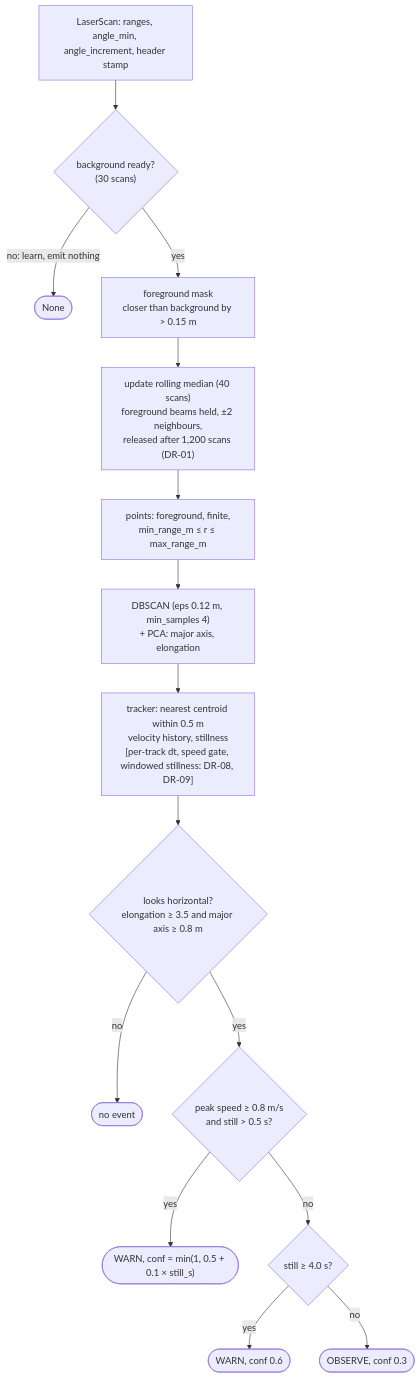
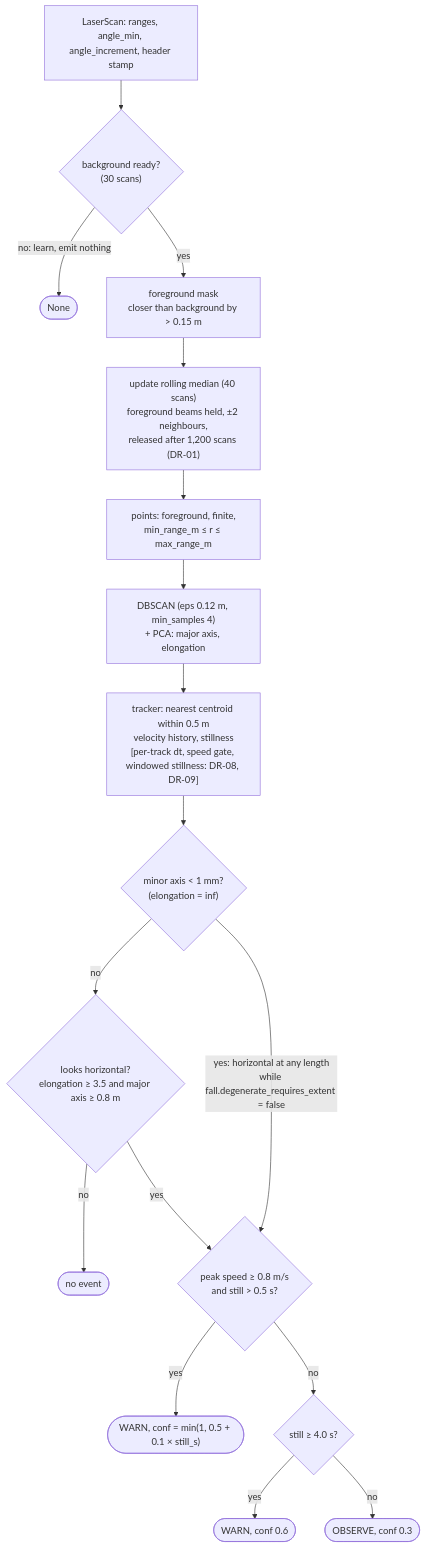
Before and after one commit to JeremyGracey-AI/prevera-guardian-lidar: the second of 4 diagrams in docs/ARCHITECTURE.md, drawn with Mermaid. The commit also changed other lines of this file and 3 other files, not shown here.

````diff
--- a/docs/ARCHITECTURE.md
+++ b/docs/ARCHITECTURE.md
@@ -63,17 +63,19 @@
 ```mermaid
 flowchart TD
   scan["LaserScan: ranges, angle_min, angle_increment, header stamp"] --> warm{"background ready?<br/>(30 scans)"}
   warm -- "no: learn, emit nothing" --> done1(["None"])
   warm -- "yes" --> mask["foreground mask<br/>closer than background by > 0.15 m"]
   mask --> upd["update rolling median (40 scans)<br/>foreground beams held, ±2 neighbours,<br/>released after 1,200 scans (DR-01)"]
   upd --> pts["points: foreground, finite,<br/>min_range_m ≤ r ≤ max_range_m"]
   pts --> clu["DBSCAN (eps 0.12 m, min_samples 4)<br/>+ PCA: major axis, elongation"]
   clu --> trk["tracker: nearest centroid within 0.5 m<br/>velocity history, stillness<br/>[per-track dt, speed gate, windowed stillness: DR-08, DR-09]"]
-  trk --> hz{"looks horizontal?<br/>elongation ≥ 3.5 and major axis ≥ 0.8 m"}
+  trk --> deg{"minor axis < 1 mm?<br/>(elongation = inf)"}
+  deg -- "no" --> hz{"looks horizontal?<br/>elongation ≥ 3.5 and major axis ≥ 0.8 m"}
   hz -- "no" --> none(["no event"])
   hz -- "yes" --> spike{"peak speed ≥ 0.8 m/s<br/>and still > 0.5 s?"}
+  deg -- "yes: horizontal at any length<br/>while fall.degenerate_requires_extent = false" --> spike
   spike -- "yes" --> warn1(["WARN, conf = min(1, 0.5 + 0.1 × still_s)"])
   spike -- "no" --> sus{"still ≥ 4.0 s?"}
   sus -- "yes" --> warn2(["WARN, conf 0.6"])
   sus -- "no" --> obs(["OBSERVE, conf 0.3"])
 ```
````
